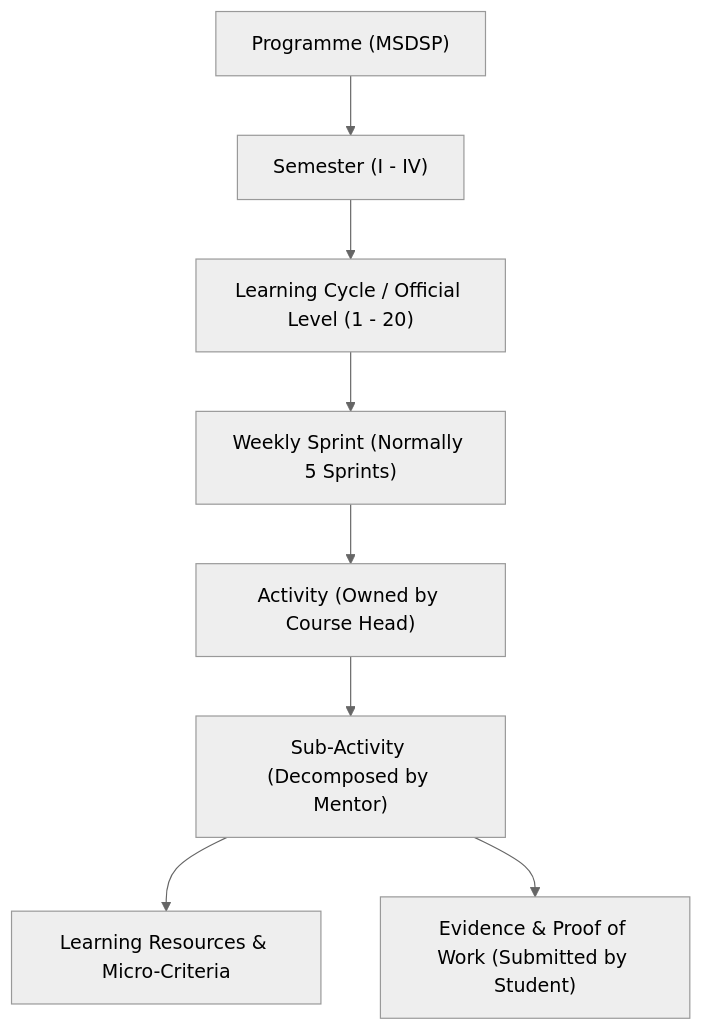
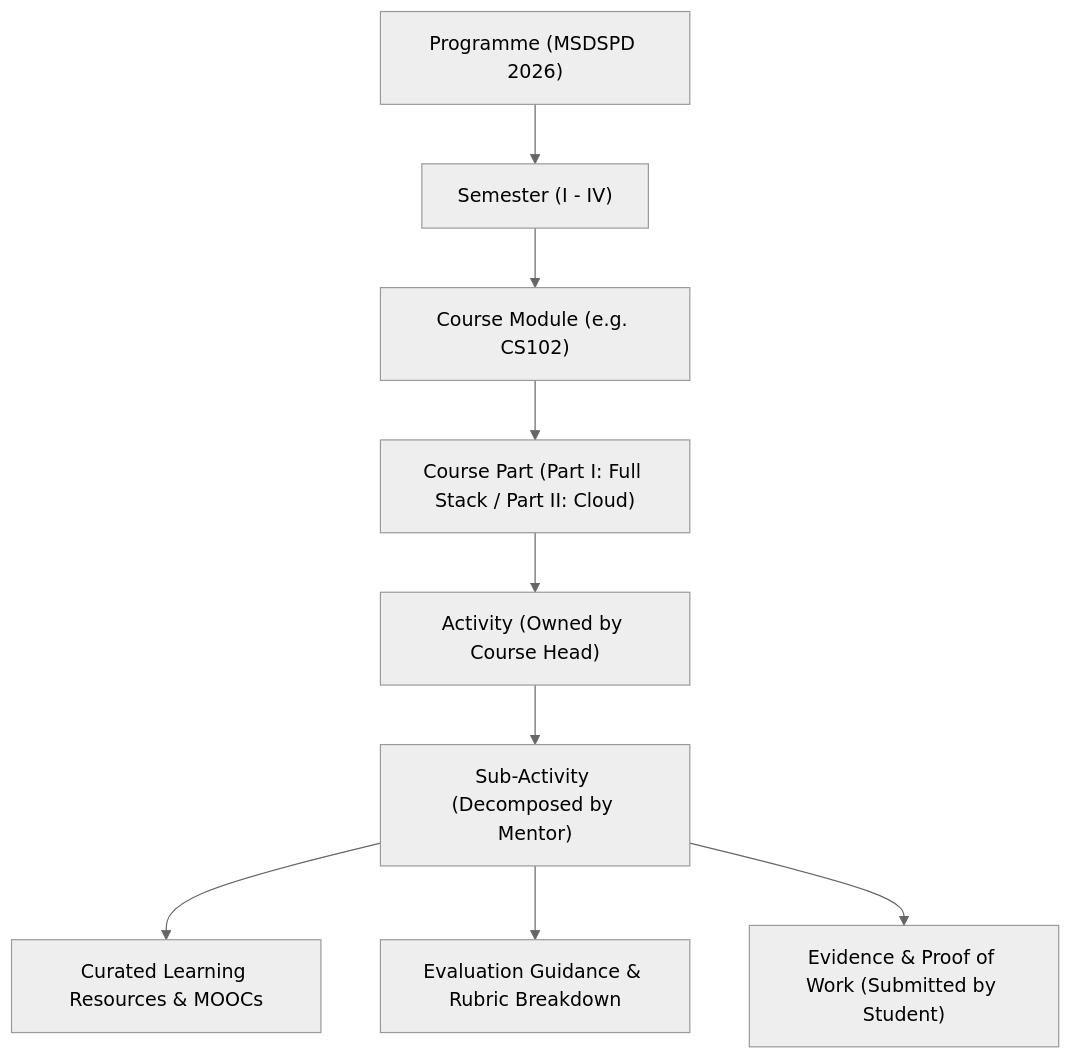
The first of 2 diagrams in docs/ACTIVITY_AND_SUB_ACTIVITY_FIELDS_EXPLANATION.md (SridasD/cs102-portal), drawn with Mermaid (neutral theme) before and after one commit. The commit also changed other lines of this file, not shown here.

Commit message:
Align ACTIVITY_AND_SUB_ACTIVITY_FIELDS_EXPLANATION with MSDSPD 2026 schema and evaluation guidance

````diff
--- a/docs/ACTIVITY_AND_SUB_ACTIVITY_FIELDS_EXPLANATION.md
+++ b/docs/ACTIVITY_AND_SUB_ACTIVITY_FIELDS_EXPLANATION.md
@@ -14,10 +14,11 @@
 ```mermaid
 flowchart TD
-    P["Programme (MSDSP)"] --> S["Semester (I - IV)"]
-    S --> L["Learning Cycle / Official Level (1 - 20)"]
-    L --> SP["Weekly Sprint (Normally 5 Sprints)"]
-    SP --> A["Activity (Owned by Course Head)"]
+    P["Programme (MSDSPD 2026)"] --> S["Semester (I - IV)"]
+    S --> C["Course Module (e.g. CS102)"]
+    C --> PT["Course Part (Part I: Full Stack / Part II: Cloud)"]
+    PT --> A["Activity (Owned by Course Head)"]
     A --> SA["Sub-Activity (Decomposed by Mentor)"]
-    SA --> R["Learning Resources & Micro-Criteria"]
+    SA --> R["Curated Learning Resources & MOOCs"]
+    SA --> EG["Evaluation Guidance & Rubric Breakdown"]
     SA --> E["Evidence & Proof of Work (Submitted by Student)"]
 ```
````
